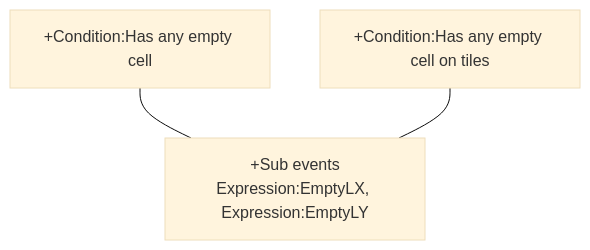
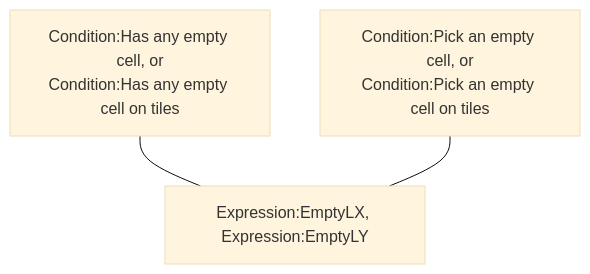
One commit to rexrainbow/C2RexDoc changed the third of 4 diagrams in plugins.md/rex_board.md. Above: the diagram before and after it, drawn with Mermaid (base theme). The commit also changed other lines of this file and 4 other files, not shown here.

````diff
--- a/plugins.md/rex_board.md
+++ b/plugins.md/rex_board.md
@@ -193,5 +165,6 @@
 ```mermaid
 graph TB
-CndHasAnyEmpty[+Condition:Has any empty cell] --- Subevent[+Sub events<br>Expression:EmptyLX, Expression:EmptyLY]
-CndhasAnyEmptyOnTiles[+Condition:Has any empty cell on tiles] --- Subevent
+CndHasAnyEmpty["Condition:Has any empty cell, or<br>Condition:Has any empty cell on tiles"] --- Subevent[Expression:EmptyLX, Expression:EmptyLY]
+
+CndPickAnyEmpty["Condition:Pick an empty cell, or<br>Condition:Pick an empty cell on tiles"] --- Subevent
 ```
````
